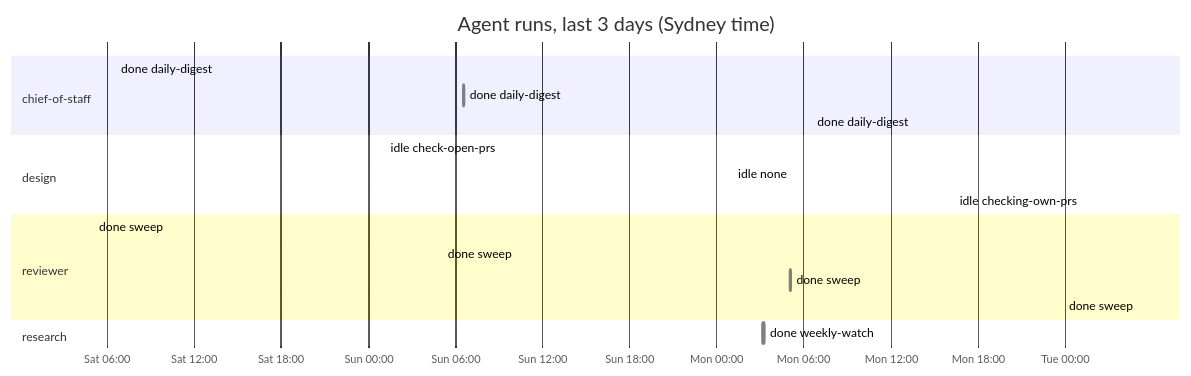
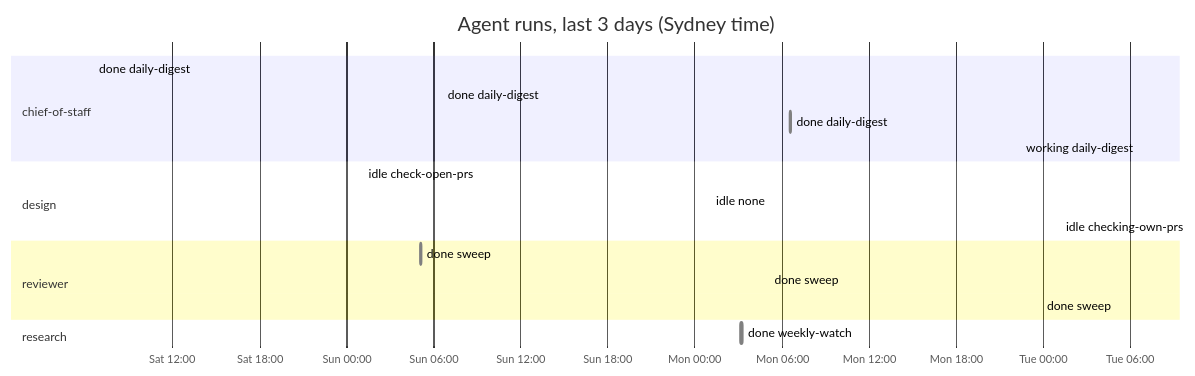
Before and after one commit to roulmediateam-byte/fifteen-expert-hq: the diagram in dashboard.md, drawn with Mermaid. The commit also changed other lines of this file and 1 other file, not shown here.

````diff
--- a/dashboard.md
+++ b/dashboard.md
@@ -43,21 +43,21 @@
 ```mermaid
 gantt
     title Agent runs, last 3 days (Sydney time)
     dateFormat YYYY-MM-DD HH:mm
     axisFormat %a %H:%M
     section chief-of-staff
     done daily-digest :done, 2026-11-14 06:35, 2026-11-14 06:36
     done daily-digest :done, 2026-11-15 06:35, 2026-11-15 06:36
     done daily-digest :done, 2026-11-16 06:35, 2026-11-16 06:36
+    working daily-digest :active, 2026-11-17 06:35, 2026-11-17 06:35
     section design
     idle check-open-prs :done, 2026-11-15 01:08, 2026-11-15 01:09
     idle none :done, 2026-11-16 01:08, 2026-11-16 01:08
     idle checking-own-prs :done, 2026-11-17 01:12, 2026-11-17 01:12
     section reviewer
-    done sweep :done, 2026-11-14 05:05, 2026-11-14 05:06
     done sweep :done, 2026-11-15 05:07, 2026-11-15 05:08
     done sweep :done, 2026-11-16 05:05, 2026-11-16 05:06
     done sweep :done, 2026-11-17 05:05, 2026-11-17 05:05
     section research
     done weekly-watch :done, 2026-11-16 03:10, 2026-11-16 03:17
 ```
````
